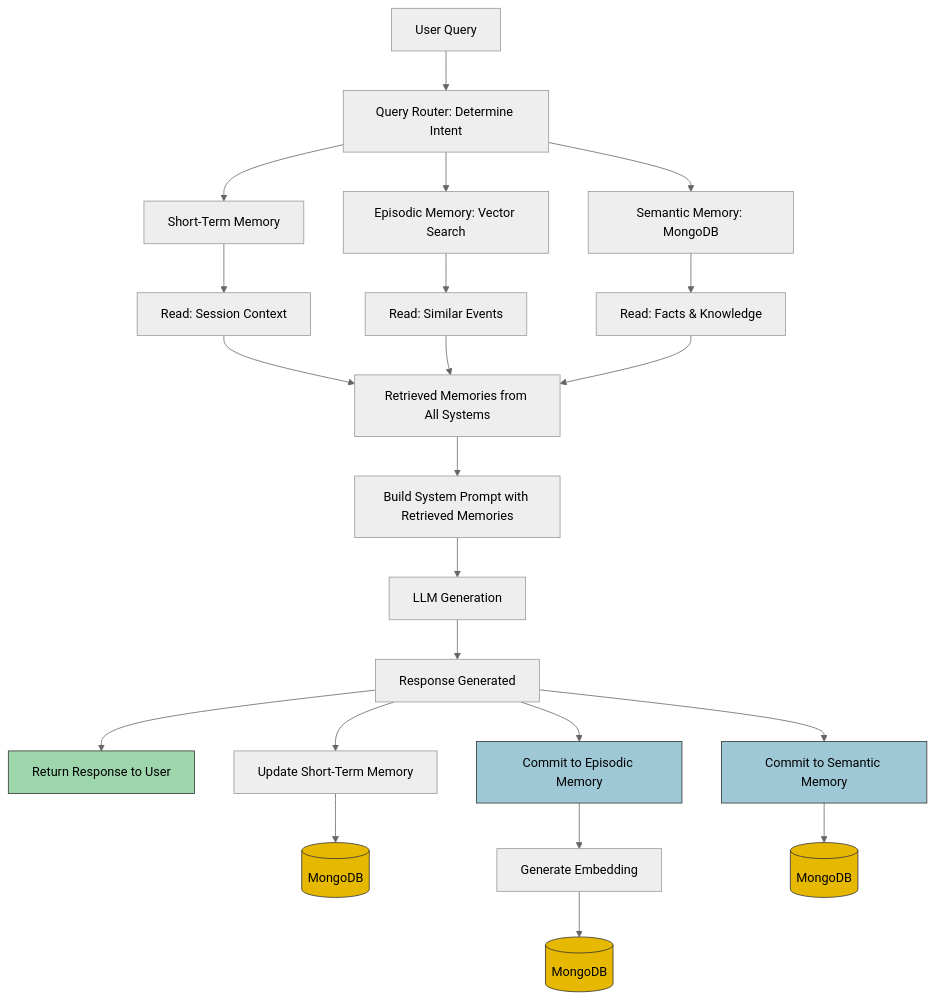
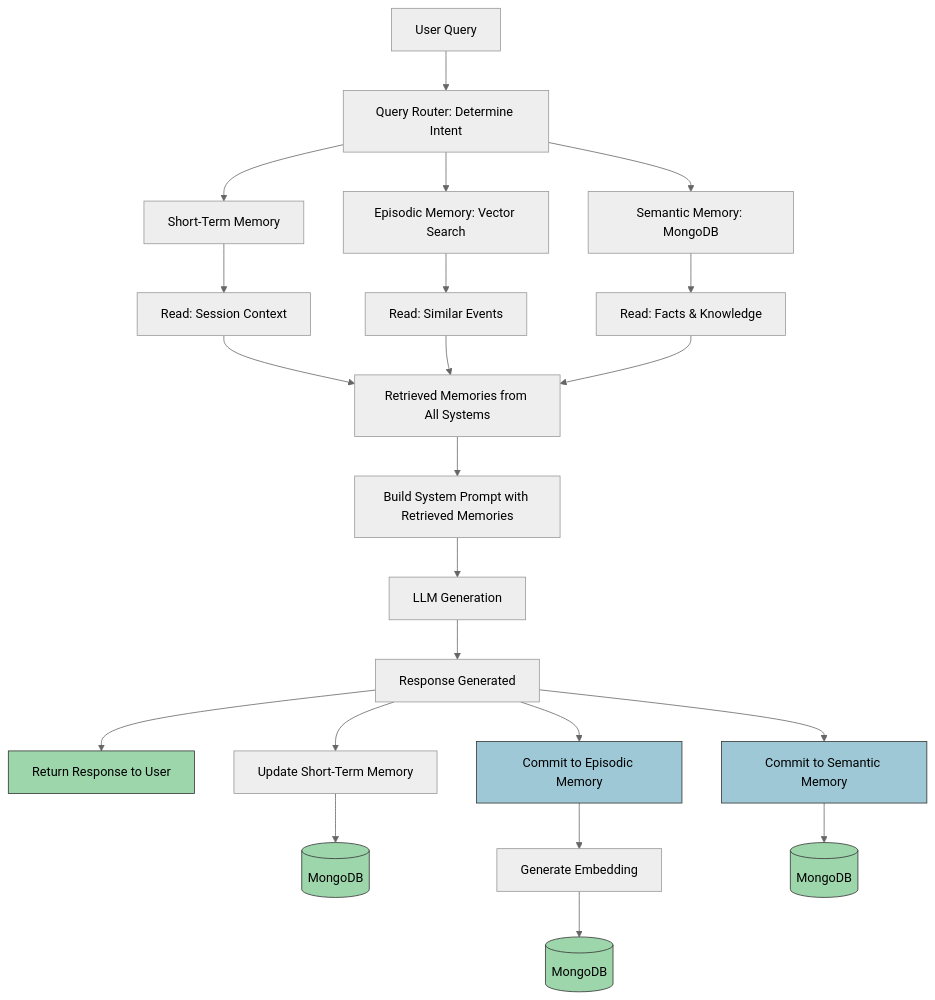
One commit to fullaware/pensive changed the diagram in README.md. Above: the diagram before and after it, drawn with Mermaid (neutral theme).

````diff
--- a/README.md
+++ b/README.md
@@ -28,37 +28,37 @@
 ```mermaid
 flowchart TD
   userQuery[User Query] --> router[Query Router: Determine Intent]
   router --> shortTerm[Short-Term Memory]
   router --> episodic[Episodic Memory: Vector Search]
   router --> semantic[Semantic Memory: MongoDB]
 
   shortTerm --> shortTermRead[Read: Session Context]
   episodic --> episodicRead[Read: Similar Events]
   semantic --> semanticRead[Read: Facts & Knowledge]
 
   shortTermRead --> queryResults[Retrieved Memories from All Systems]
   episodicRead --> queryResults
   semanticRead --> queryResults
 
   queryResults --> systemPrompt[Build System Prompt with Retrieved Memories]
   systemPrompt --> llm[LLM Generation]
   llm --> response[Response Generated]
 
   response --> userReturn[Return Response to User]
   response --> shortTermWrite[Update Short-Term Memory]
   shortTermWrite --> shortTermDb[(MongoDB)]
   
   response --> commitEpisodic[Commit to Episodic Memory]
   commitEpisodic --> episodicEmbed[Generate Embedding]
   episodicEmbed --> episodicDb[(MongoDB)]
   
   response --> commitSemantic[Commit to Semantic Memory]
   commitSemantic --> semanticDb[(MongoDB)]
 
   style userReturn fill:#9ed6ac,stroke:#333, color:#000
-  style shortTermDb fill:#e6b800,stroke:#333, color:#000
-  style episodicDb fill:#e6b800,stroke:#333, color:#000
-  style semanticDb fill:#e6b800,stroke:#333, color:#000
+  style shortTermDb fill:#9ed6ac,stroke:#333, color:#000
+  style episodicDb fill:#9ed6ac,stroke:#333, color:#000
+  style semanticDb fill:#9ed6ac,stroke:#333, color:#000
   style commitEpisodic fill:#9ec8d6,stroke:#333, color:#000
   style commitSemantic fill:#9ec8d6,stroke:#333, color:#000
 ```
````
